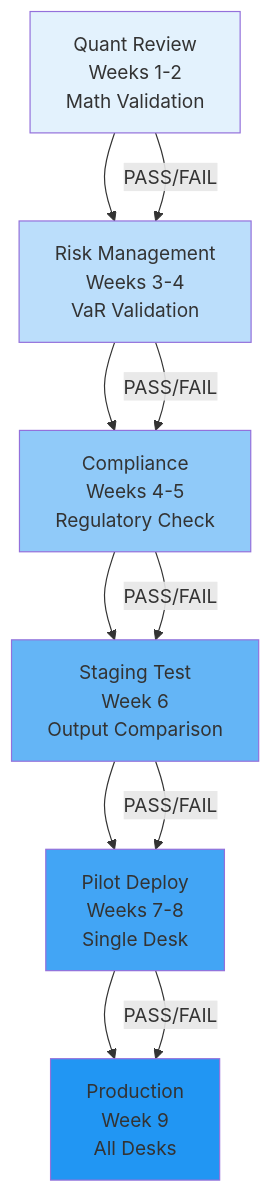
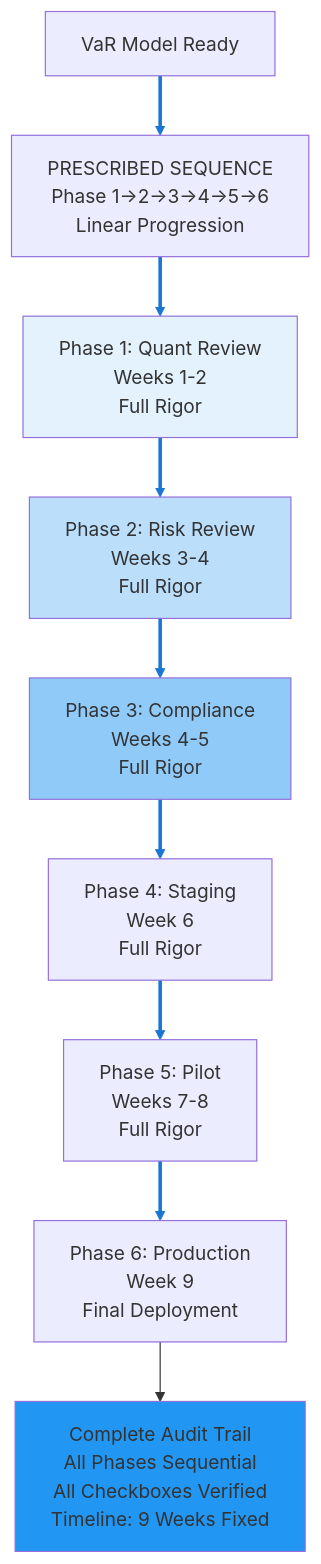
Diagram 11 of 18 in debate_shortlisted_topics_slide_prep.md (whatevergeek/agentic_vs_deterministic), drawn with Mermaid before and after one commit. The commit also changed other lines of this file, not shown here.

````diff
--- a/debate_shortlisted_topics_slide_prep.md
+++ b/debate_shortlisted_topics_slide_prep.md
@@ -445,21 +478,18 @@
 ```mermaid
 graph TD
-    A["Quant Review<br/>Weeks 1-2<br/>Math Validation"] --> B["Risk Management<br/>Weeks 3-4<br/>VaR Validation"]
-    B --> C["Compliance<br/>Weeks 4-5<br/>Regulatory Check"]
-    C --> D["Staging Test<br/>Week 6<br/>Output Comparison"]
-    D --> E["Pilot Deploy<br/>Weeks 7-8<br/>Single Desk"]
-    E --> F["Production<br/>Week 9<br/>All Desks"]
+    A["VaR Model Ready"] --> B["PRESCRIBED SEQUENCE<br/>Phase 1→2→3→4→5→6<br/>Linear Progression"]
+    B --> C["Phase 1: Quant Review<br/>Weeks 1-2<br/>Full Rigor"]
+    C --> D["Phase 2: Risk Review<br/>Weeks 3-4<br/>Full Rigor"]
+    D --> E["Phase 3: Compliance<br/>Weeks 4-5<br/>Full Rigor"]
+    E --> F["Phase 4: Staging<br/>Week 6<br/>Full Rigor"]
+    F --> G["Phase 5: Pilot<br/>Weeks 7-8<br/>Full Rigor"]
+    G --> H["Phase 6: Production<br/>Week 9<br/>Final Deployment"]
+    H --> I["Complete Audit Trail<br/>All Phases Sequential<br/>All Checkboxes Verified<br/>Timeline: 9 Weeks Fixed"]
     
-    A --> |"PASS/FAIL"| B
-    B --> |"PASS/FAIL"| C
-    C --> |"PASS/FAIL"| D
-    D --> |"PASS/FAIL"| E
-    E --> |"PASS/FAIL"| F
+    style C fill:#e3f2fd
+    style D fill:#bbdefb
+    style E fill:#90caf9
+    style I fill:#2196f3
     
-    style A fill:#e3f2fd
-    style B fill:#bbdefb
-    style C fill:#90caf9
-    style D fill:#64b5f6
-    style E fill:#42a5f5
-    style F fill:#2196f3
+    linkStyle 0,1,2,3,4,5,6 stroke:#1976d2,stroke-width:3px
 ```
````
